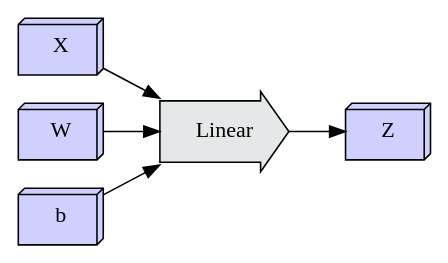
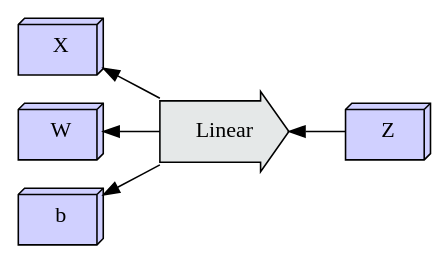
Before and after one commit to crutcher/crutcher.github.io-source: diagram 24 of 58 in source/Tapestry/index.md, drawn with Graphviz. The commit also changed other lines of this file, not shown here.

Commit message:
migrate graphs to RL; add some semantic type notes.

````diff
--- a/source/Tapestry/index.md
+++ b/source/Tapestry/index.md
@@ -3389,18 +3682,18 @@
 ```graphviz
 digraph D {
-    rankdir=LR;
+    rankdir=RL;
     X, W, b, Z [shape=box3d, fillcolor="#d0d0ff", style=filled];
     
     Linear [
         shape=rarrow,
         margin=0.25,
         style=filled,
         fillcolor="#E5E8E8",
     ];
     
-    X -> Linear;
-    W -> Linear;
-    b -> Linear;
-    Linear -> Z;
+    Linear -> X;
+    Linear -> W;
+    Linear -> b;
+    Z -> Linear;
 }
 ```
````
